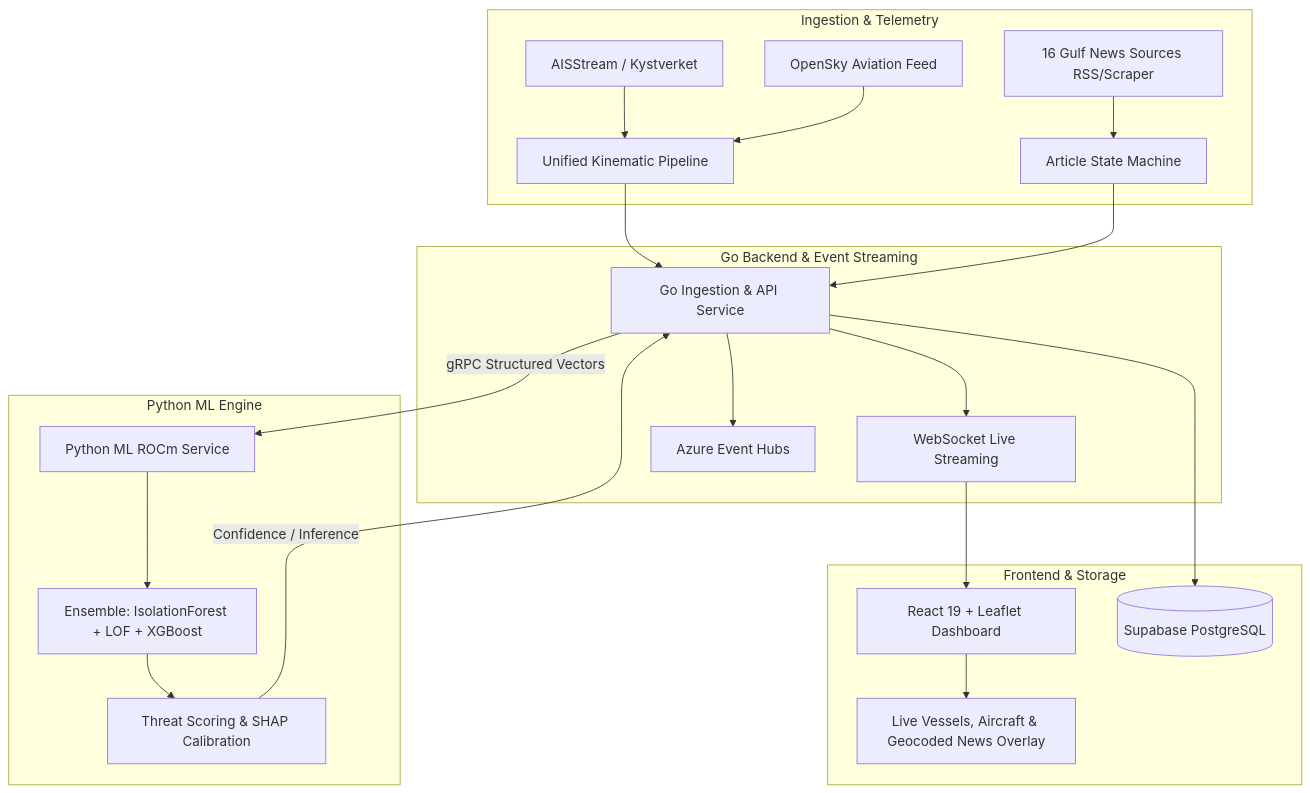
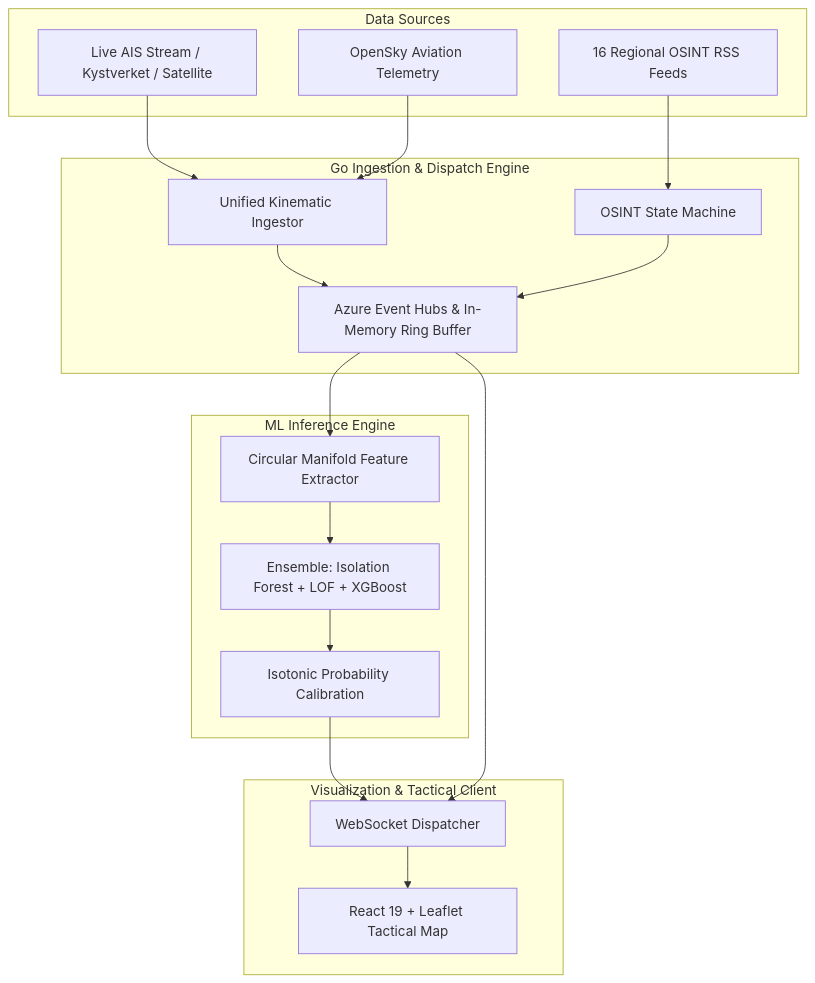
Before and after one commit to yahyaoncloud/yahyaoncloud-1: the diagram in content/projects/hormuzwatch.md, drawn with Mermaid. The commit also changed other lines of this file and 31 other files, not shown here.

Commit message:
feat(projects): thesis-style project writeups, supabase storage integration, thumbnails, and unified button/link styling

````diff
--- a/content/projects/hormuzwatch.md
+++ b/content/projects/hormuzwatch.md
@@ -28,28 +43,37 @@
 ```mermaid
-graph TD
-    subgraph Ingestion & Telemetry
-        AIS[AISStream / Kystverket] --> Kinematic[Unified Kinematic Pipeline]
-        Sky[OpenSky Aviation Feed] --> Kinematic
-        News[16 Gulf News Sources RSS/Scraper] --> StateMachine[Article State Machine]
+flowchart TD
+    subgraph Data Sources
+        AIS[Live AIS Stream / Kystverket / Satellite]
+        Sky[OpenSky Aviation Telemetry]
+        News[16 Regional OSINT RSS Feeds]
     end
 
-    subgraph Go Backend & Event Streaming
-        Kinematic --> GoSvc[Go Ingestion & API Service]
-        StateMachine --> GoSvc
-        GoSvc --> WS[WebSocket Live Streaming]
-        GoSvc --> Hubs[Azure Event Hubs]
+    subgraph Go Ingestion & Dispatch Engine
+        Kinematic[Unified Kinematic Ingestor]
+        NLP[OSINT State Machine]
+        EventBus[Azure Event Hubs & In-Memory Ring Buffer]
     end
 
-    subgraph Python ML Engine
-        GoSvc -->|gRPC Structured Vectors| PyML[Python ML ROCm Service]
-        PyML --> Models[Ensemble: IsolationForest + LOF + XGBoost]
-        Models --> ThreatScore[Threat Scoring & SHAP Calibration]
-        ThreatScore -->|Confidence / Inference| GoSvc
+    subgraph ML Inference Engine
+        Feat[Circular Manifold Feature Extractor]
+        Ensemble[Ensemble: Isolation Forest + LOF + XGBoost]
+        Calib[Isotonic Probability Calibration]
     end
 
-    subgraph Frontend & Storage
-        WS --> UI[React 19 + Leaflet Dashboard]
-        GoSvc --> DB[(Supabase PostgreSQL)]
-        UI --> Map[Live Vessels, Aircraft & Geocoded News Overlay]
+    subgraph Visualization & Tactical Client
+        WS[WebSocket Dispatcher]
+        UI[React 19 + Leaflet Tactical Map]
     end
+
+    AIS --> Kinematic
+    Sky --> Kinematic
+    News --> NLP
+    Kinematic --> EventBus
+    NLP --> EventBus
+    EventBus --> Feat
+    Feat --> Ensemble
+    Ensemble --> Calib
+    Calib --> WS
+    EventBus --> WS
+    WS --> UI
 ```
````
